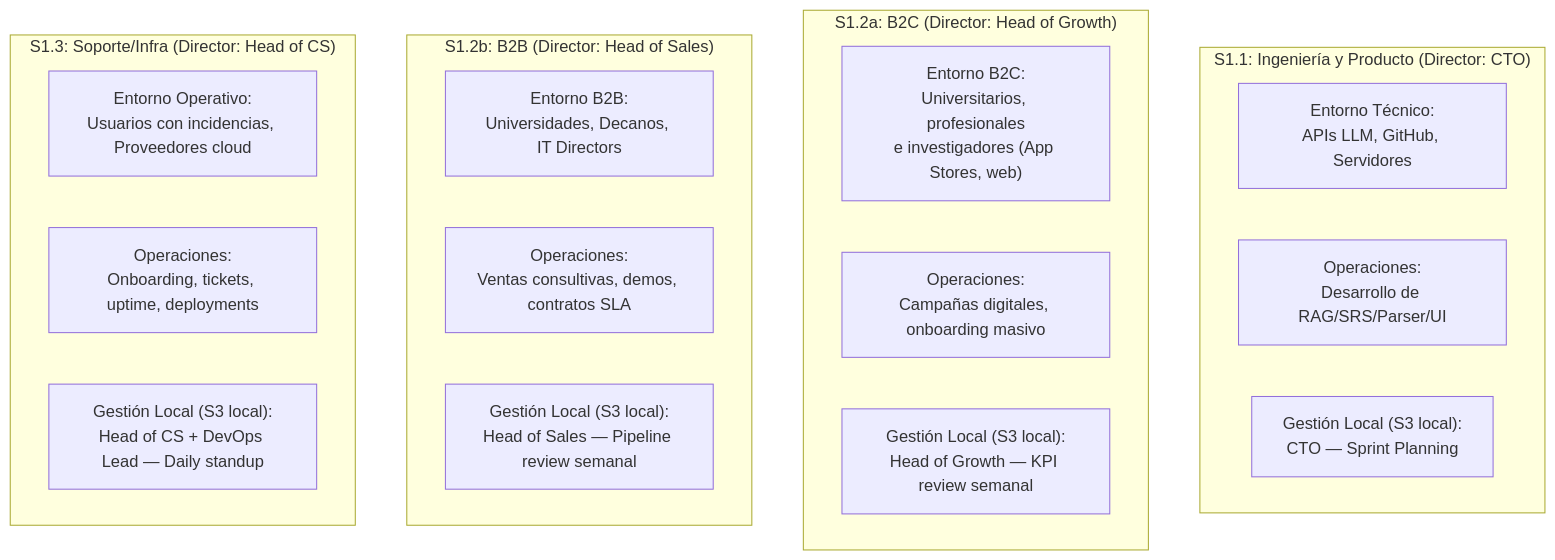
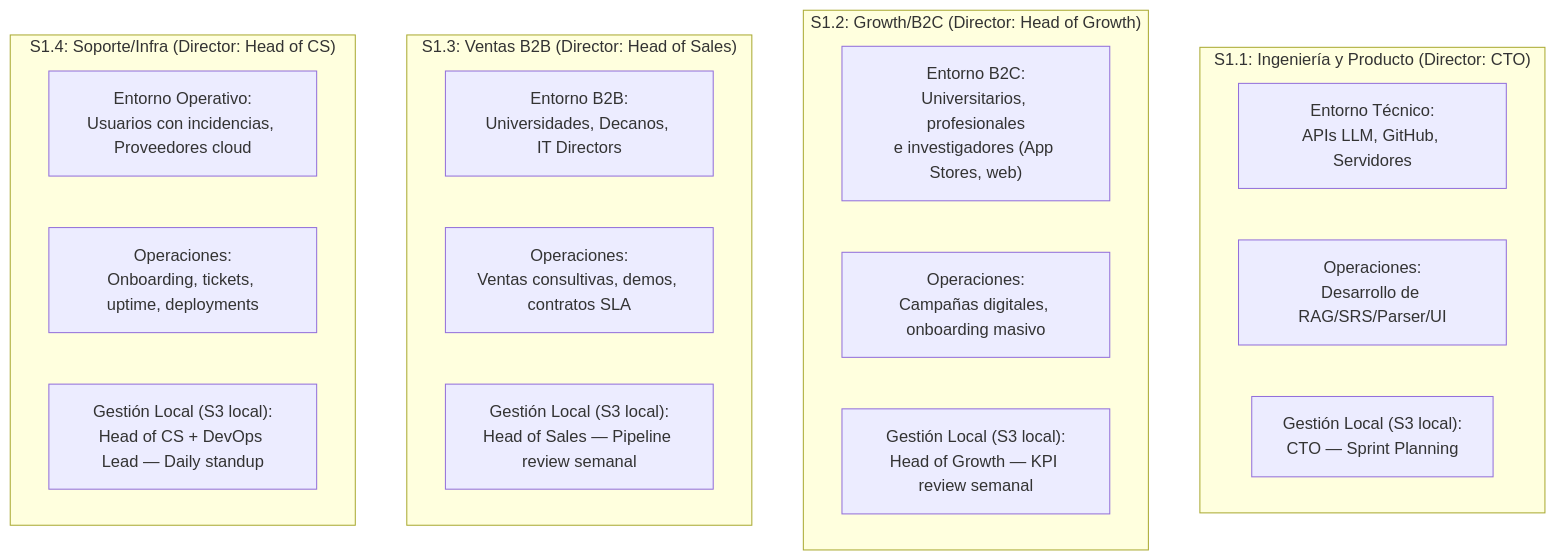
One commit to GonzaloRojasFIIS/Documentaci-n-YachaqAI changed the second of 2 diagrams in diseno_organizacional_synapta/3_sistemas_vsm_synapta.md. Above: the diagram before and after it, drawn with Mermaid. The commit also changed other lines of this file and 7 other files, not shown here.

````diff
--- a/diseno_organizacional_synapta/3_sistemas_vsm_synapta.md
+++ b/diseno_organizacional_synapta/3_sistemas_vsm_synapta.md
@@ -316,26 +379,26 @@
 ```mermaid
 graph TD
     subgraph S11["S1.1: Ingeniería y Producto (Director: CTO)"]
         E11["Entorno Técnico:\nAPIs LLM, GitHub, Servidores"]
         Ops11["Operaciones:\nDesarrollo de RAG/SRS/Parser/UI"]
         Mgmt11["Gestión Local (S3 local):\nCTO — Sprint Planning"]
     end
 
-    subgraph S12a["S1.2a: B2C (Director: Head of Growth)"]
-        E12a["Entorno B2C:\nUniversitarios, profesionales\ne investigadores (App Stores, web)"]
-        Ops12a["Operaciones:\nCampañas digitales, onboarding masivo"]
-        Mgmt12a["Gestión Local (S3 local):\nHead of Growth — KPI review semanal"]
+    subgraph S12["S1.2: Growth/B2C (Director: Head of Growth)"]
+        E12["Entorno B2C:\nUniversitarios, profesionales\ne investigadores (App Stores, web)"]
+        Ops12["Operaciones:\nCampañas digitales, onboarding masivo"]
+        Mgmt12["Gestión Local (S3 local):\nHead of Growth — KPI review semanal"]
     end
 
-    subgraph S12b["S1.2b: B2B (Director: Head of Sales)"]
-        E12b["Entorno B2B:\nUniversidades, Decanos, IT Directors"]
-        Ops12b["Operaciones:\nVentas consultivas, demos, contratos SLA"]
-        Mgmt12b["Gestión Local (S3 local):\nHead of Sales — Pipeline review semanal"]
+    subgraph S13["S1.3: Ventas B2B (Director: Head of Sales)"]
+        E13["Entorno B2B:\nUniversidades, Decanos, IT Directors"]
+        Ops13["Operaciones:\nVentas consultivas, demos, contratos SLA"]
+        Mgmt13["Gestión Local (S3 local):\nHead of Sales — Pipeline review semanal"]
     end
 
-    subgraph S13["S1.3: Soporte/Infra (Director: Head of CS)"]
-        E13["Entorno Operativo:\nUsuarios con incidencias, Proveedores cloud"]
-        Ops13["Operaciones:\nOnboarding, tickets, uptime, deployments"]
-        Mgmt13["Gestión Local (S3 local):\nHead of CS + DevOps Lead — Daily standup"]
+    subgraph S14["S1.4: Soporte/Infra (Director: Head of CS)"]
+        E14["Entorno Operativo:\nUsuarios con incidencias, Proveedores cloud"]
+        Ops14["Operaciones:\nOnboarding, tickets, uptime, deployments"]
+        Mgmt14["Gestión Local (S3 local):\nHead of CS + DevOps Lead — Daily standup"]
     end
 ```
````
